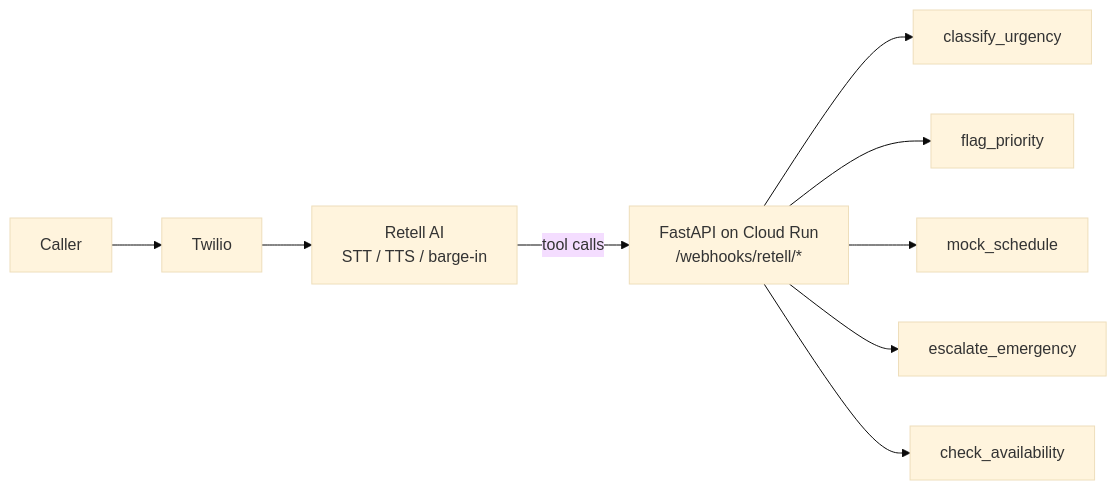
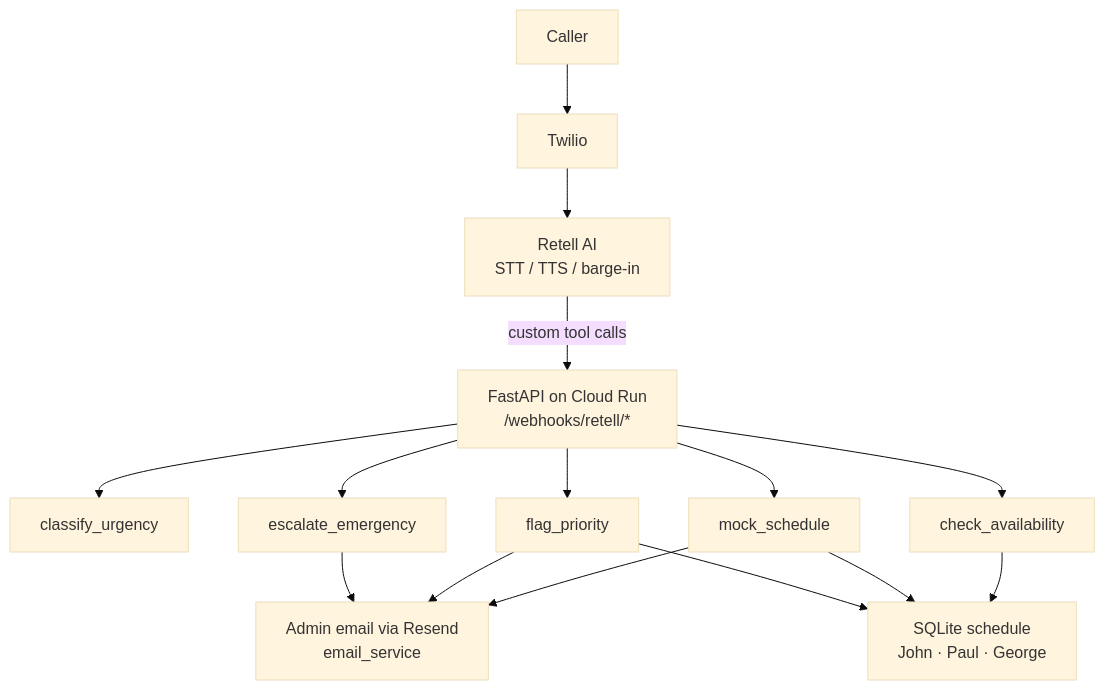
The diagram in README.md (adelakowski/SummitAir-VoiceAgent), drawn with Mermaid (base theme) before and after one commit. The commit also changed other lines of this file, not shown here.

Commit message:
Update README architecture to match shipped tooling.
Document SQLite John/Paul/George schedule and mid-call Resend admin email from escalate/flag/mock_schedule, not only the five tool endpoints.

````diff
--- a/README.md
+++ b/README.md
@@ -51,10 +51,19 @@
 ```mermaid
-flowchart LR
+flowchart TB
   Caller --> Twilio --> Retell["Retell AI<br/>STT / TTS / barge-in"]
-  Retell -->|"tool calls"| Tools["FastAPI on Cloud Run<br/>/webhooks/retell/*"]
-  Tools --> Classify["classify_urgency"]
-  Tools --> Flag["flag_priority"]
-  Tools --> Schedule["mock_schedule"]
-  Tools --> Escalate["escalate_emergency"]
-  Tools --> Availability["check_availability"]
+  Retell -->|"custom tool calls"| API["FastAPI on Cloud Run<br/>/webhooks/retell/*"]
+
+  API --> classify_urgency
+  API --> escalate_emergency
+  API --> flag_priority
+  API --> mock_schedule
+  API --> check_availability
+
+  flag_priority --> SQLite["SQLite schedule<br/>John · Paul · George"]
+  mock_schedule --> SQLite
+  check_availability --> SQLite
+
+  escalate_emergency --> Email["Admin email via Resend<br/>email_service"]
+  flag_priority --> Email
+  mock_schedule --> Email
 ```
````
